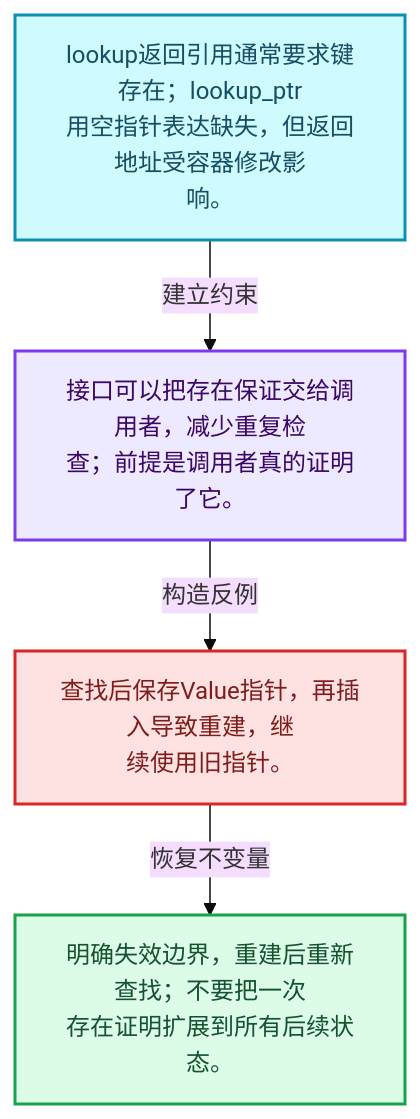
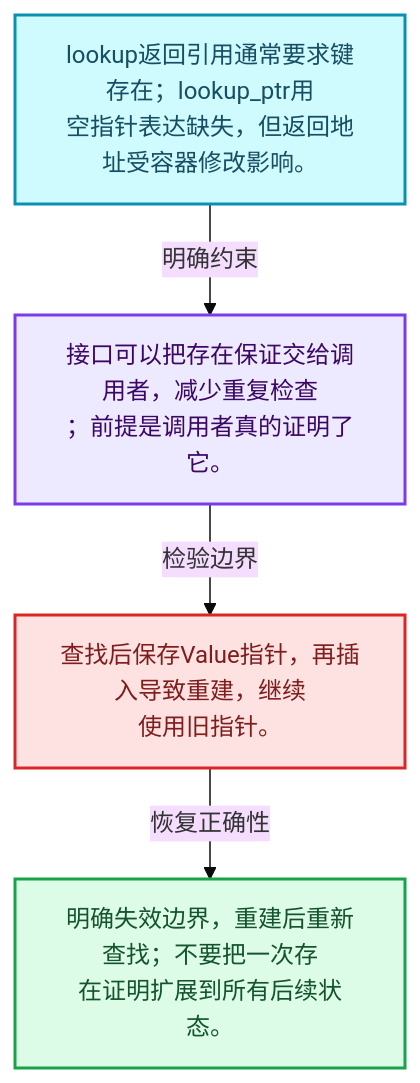
One commit to yunkezengren/blender-.vscode changed the first of 4 diagrams in 杂/markdown/全面学习-codex/02-哈希表与关联数据结构/04-Map查找与键访问.md. Above: the diagram before and after it, drawn with Mermaid (base theme). The commit also changed other lines of this file and 1930 other files, not shown here.

````diff
--- a/杂/markdown/全面学习-codex/02-哈希表与关联数据结构/04-Map查找与键访问.md
+++ b/杂/markdown/全面学习-codex/02-哈希表与关联数据结构/04-Map查找与键访问.md
@@ -29,16 +29,16 @@
 ```mermaid
 flowchart TB
-  M["lookup返回引用通常要求键存在；lookup_ptr<br/>用空指针表达缺失，但返回地址受容器修改影<br/>响。"]:::data
-  T["接口可以把存在保证交给调用者，减少重复检<br/>查；前提是调用者真的证明了它。"]:::abstraction
-  X["查找后保存Value指针，再插入导致重建，继<br/>续使用旧指针。"]:::error
-  A["明确失效边界，重建后重新查找；不要把一次<br/>存在证明扩展到所有后续状态。"]:::result
-  M -->|"建立约束"| T
-  T -->|"构造反例"| X
-  X -->|"恢复不变量"| A
+  M["lookup返回引用通常要求键存在；lookup_ptr用<br/>空指针表达缺失，但返回地址受容器修改影响。"]:::data
+  C["接口可以把存在保证交给调用者，减少重复检查<br/>；前提是调用者真的证明了它。"]:::abstraction
+  B["查找后保存Value指针，再插入导致重建，继续<br/>使用旧指针。"]:::error
+  R["明确失效边界，重建后重新查找；不要把一次存<br/>在证明扩展到所有后续状态。"]:::result
+  M -->|"明确约束"| C
+  C -->|"检验边界"| B
+  B -->|"恢复正确性"| R
   classDef input fill:#DBEAFE,stroke:#2563EB,color:#172554,stroke-width:2px;
   classDef data fill:#CFFAFE,stroke:#0891B2,color:#164E63,stroke-width:2px;
   classDef abstraction fill:#EDE9FE,stroke:#7C3AED,color:#3B0764,stroke-width:2px;
   classDef compute fill:#FEF3C7,stroke:#D97706,color:#78350F,stroke-width:2px;
   classDef result fill:#DCFCE7,stroke:#16A34A,color:#14532D,stroke-width:2px;
   classDef error fill:#FEE2E2,stroke:#DC2626,color:#7F1D1D,stroke-width:2px;
 ```
````
